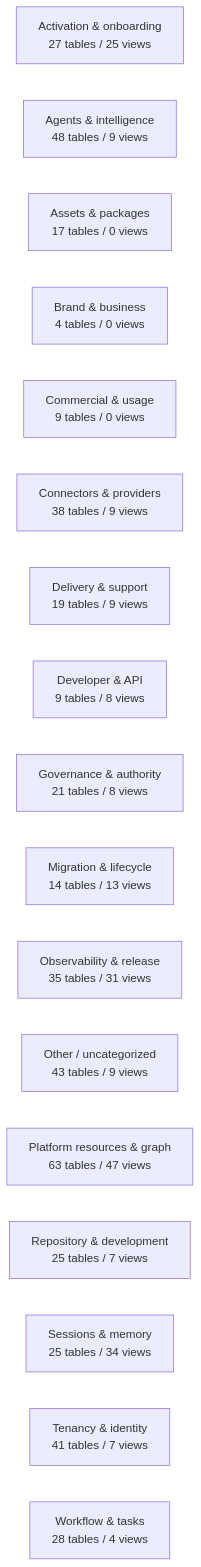
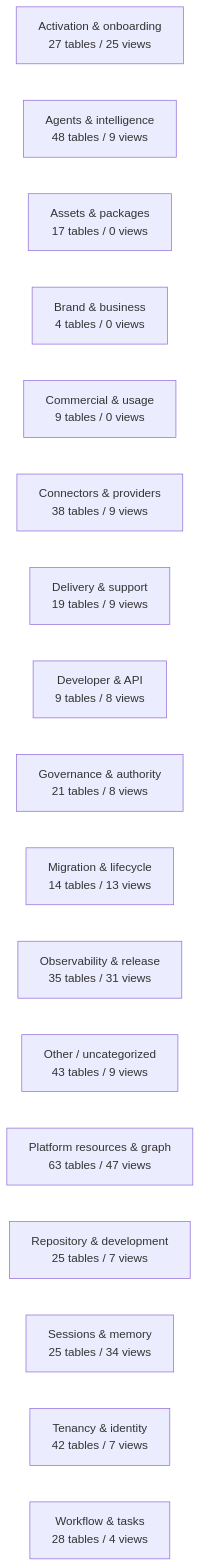
One commit to mad4bdigital-ai/multi-business-multi-role-growth-intelligence-os changed the diagram in docs/work-maps/data-model-domain-map.md. Above: the diagram before and after it, drawn with Mermaid. The commit also changed other lines of this file and 4 other files, not shown here.

````diff
--- a/docs/work-maps/data-model-domain-map.md
+++ b/docs/work-maps/data-model-domain-map.md
@@ -9,20 +9,20 @@
 ```mermaid
 flowchart LR
   n_Activation___onboarding["Activation & onboarding<br/>27 tables / 25 views"]
   n_Agents___intelligence["Agents & intelligence<br/>48 tables / 9 views"]
   n_Assets___packages["Assets & packages<br/>17 tables / 0 views"]
   n_Brand___business["Brand & business<br/>4 tables / 0 views"]
   n_Commercial___usage["Commercial & usage<br/>9 tables / 0 views"]
   n_Connectors___providers["Connectors & providers<br/>38 tables / 9 views"]
   n_Delivery___support["Delivery & support<br/>19 tables / 9 views"]
   n_Developer___API["Developer & API<br/>9 tables / 8 views"]
   n_Governance___authority["Governance & authority<br/>21 tables / 8 views"]
   n_Migration___lifecycle["Migration & lifecycle<br/>14 tables / 13 views"]
   n_Observability___release["Observability & release<br/>35 tables / 31 views"]
   n_Other___uncategorized["Other / uncategorized<br/>43 tables / 9 views"]
   n_Platform_resources___graph["Platform resources & graph<br/>63 tables / 47 views"]
   n_Repository___development["Repository & development<br/>25 tables / 7 views"]
   n_Sessions___memory["Sessions & memory<br/>25 tables / 34 views"]
-  n_Tenancy___identity["Tenancy & identity<br/>41 tables / 7 views"]
+  n_Tenancy___identity["Tenancy & identity<br/>42 tables / 7 views"]
   n_Workflow___tasks["Workflow & tasks<br/>28 tables / 4 views"]
 ```
````
